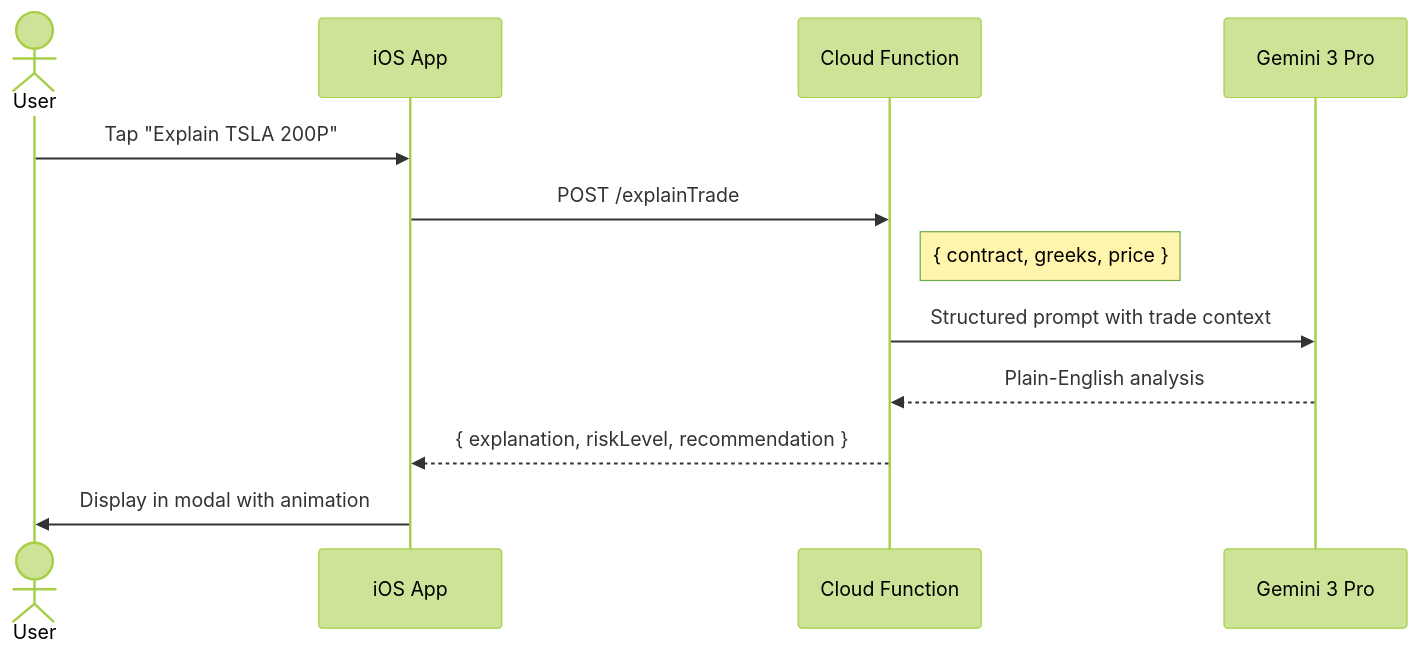
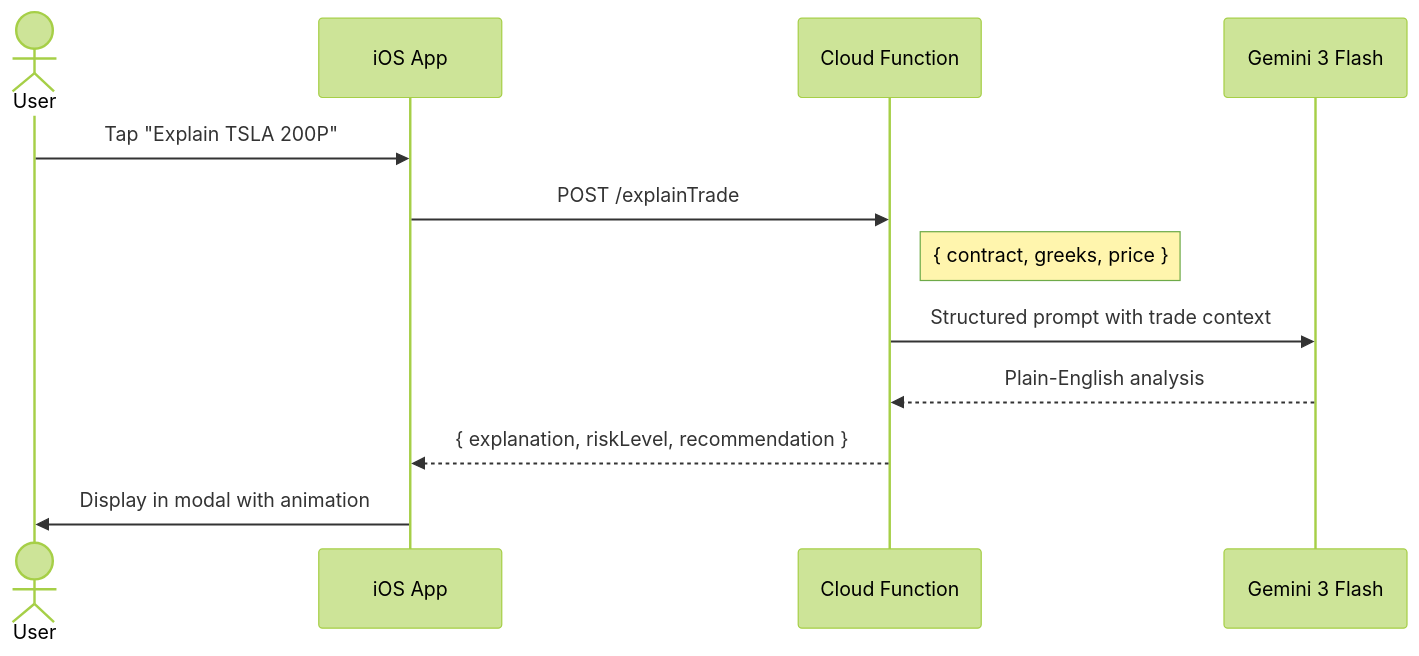
The third of 4 diagrams in docs/ARCHITECTURE.md (dart-technologies/wheel-strat), drawn with Mermaid (forest theme) before and after one commit. The commit also changed other lines of this file and 486 other files, not shown here.

````diff
--- a/docs/ARCHITECTURE.md
+++ b/docs/ARCHITECTURE.md
@@ -47,15 +85,15 @@
 ```mermaid
 sequenceDiagram
     actor User
     participant App as iOS App
     participant CF as Cloud Function
-    participant Gemini as Gemini 3 Pro
+    participant Gemini as Gemini 3 Flash
     
     User->>App: Tap "Explain TSLA 200P"
     App->>CF: POST /explainTrade
     Note right of CF: { contract, greeks, price }
     CF->>Gemini: Structured prompt with trade context
     Gemini-->>CF: Plain-English analysis
     CF-->>App: { explanation, riskLevel, recommendation }
     App->>User: Display in modal with animation
 ```
````
